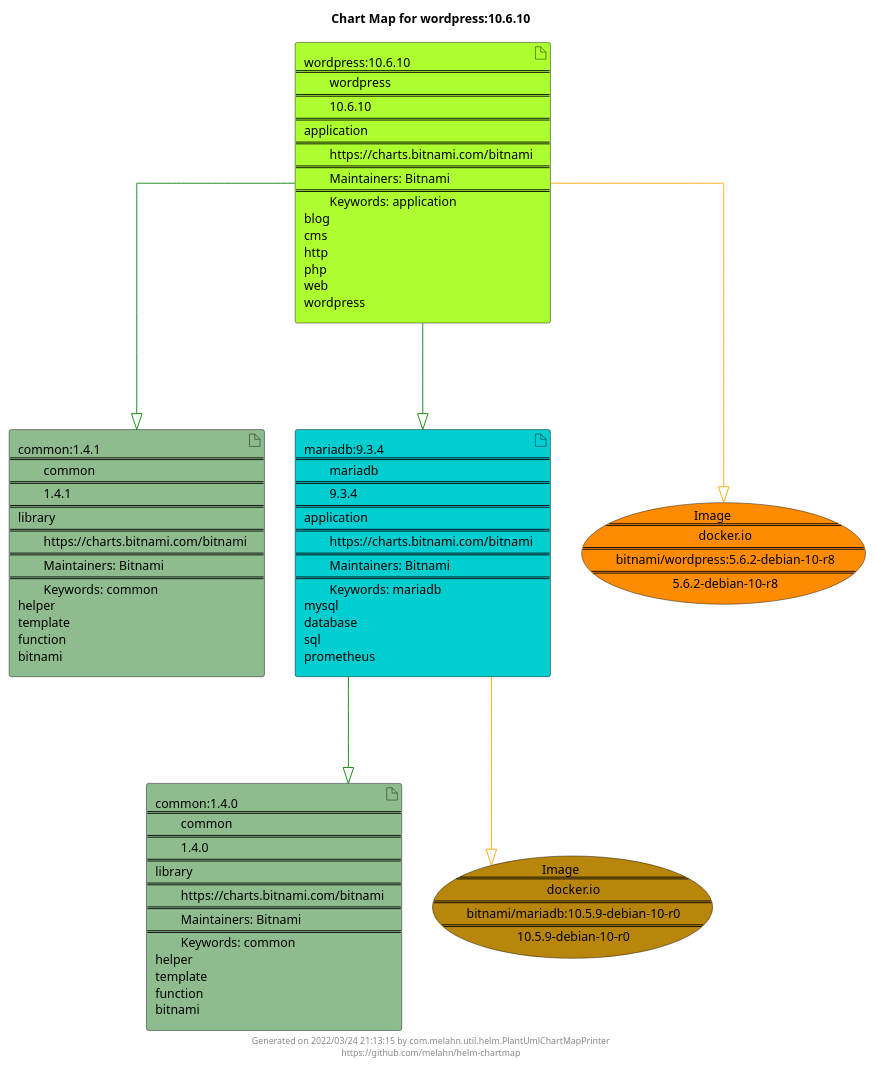
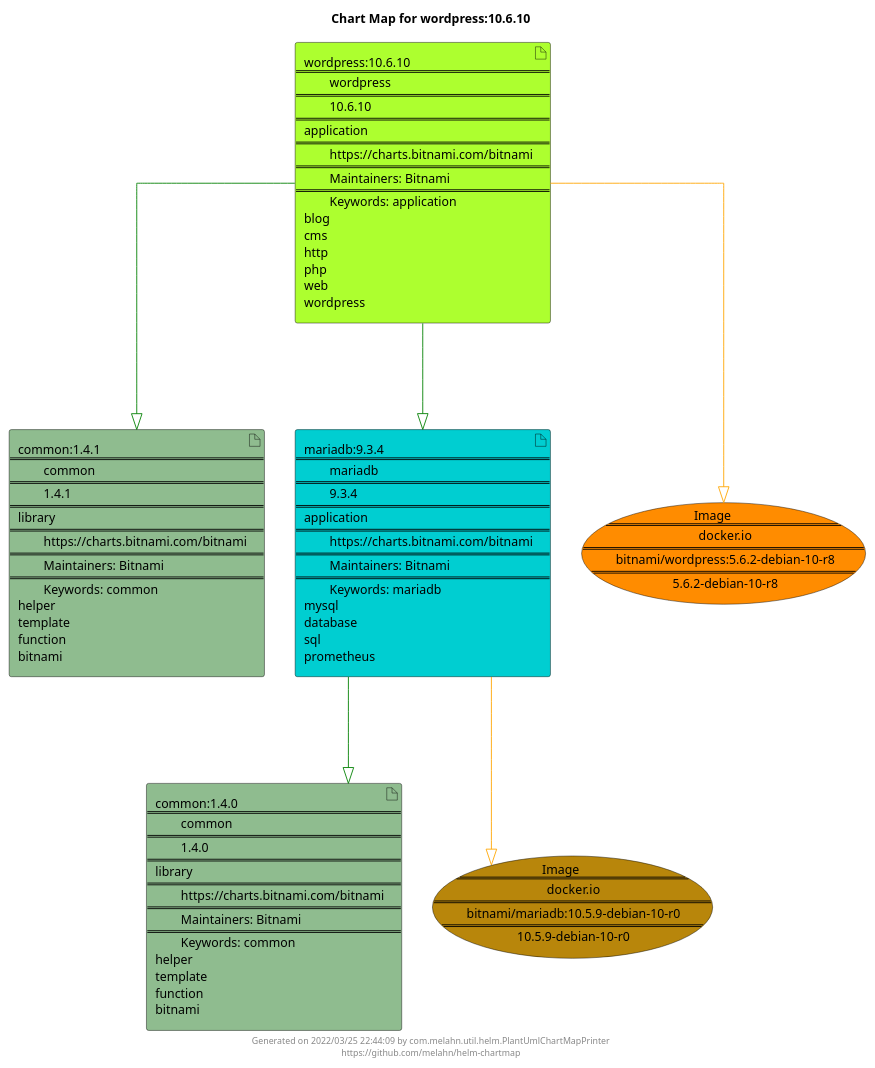
Before and after one commit to melahn/helm-chartmap: the diagram in docs/wordpress/wordpress-10.6.10.puml, drawn with PlantUML. The commit also changed 56 other files, not shown here.

Commit message:
Update Example Chart Maps as part of GitHub build

```diff
--- a/docs/wordpress/wordpress-10.6.10.puml
+++ b/docs/wordpress/wordpress-10.6.10.puml
@@ -1,29 +1,29 @@
 @startuml
 skinparam linetype ortho
 skinparam backgroundColor white
 skinparam usecaseBorderColor black
 skinparam usecaseArrowColor LightSlateGray
 skinparam artifactBorderColor black
 skinparam artifactArrowColor LightSlateGray
 
 title Chart Map for wordpress:10.6.10
 
 'There are 4 referenced Helm Charts
 artifact "common:1.4.1\n====\n\tcommon\n====\n\t1.4.1\n====\nlibrary\n====\n\thttps://charts.bitnami.com/bitnami\n====\n\tMaintainers: Bitnami\n====\n\tKeywords: common\nhelper\ntemplate\nfunction\nbitnami" as common_1_4_1 #DarkSeaGreen
 artifact "mariadb:9.3.4\n====\n\tmariadb\n====\n\t9.3.4\n====\napplication\n====\n\thttps://charts.bitnami.com/bitnami\n====\n\tMaintainers: Bitnami\n====\n\tKeywords: mariadb\nmysql\ndatabase\nsql\nprometheus" as mariadb_9_3_4 #DarkTurquoise
 artifact "common:1.4.0\n====\n\tcommon\n====\n\t1.4.0\n====\nlibrary\n====\n\thttps://charts.bitnami.com/bitnami\n====\n\tMaintainers: Bitnami\n====\n\tKeywords: common\nhelper\ntemplate\nfunction\nbitnami" as common_1_4_0 #DarkSeaGreen
 artifact "wordpress:10.6.10\n====\n\twordpress\n====\n\t10.6.10\n====\napplication\n====\n\thttps://charts.bitnami.com/bitnami\n====\n\tMaintainers: Bitnami\n====\n\tKeywords: application\nblog\ncms\nhttp\nphp\nweb\nwordpress" as wordpress_10_6_10 #GreenYellow
 
 'There are 2 referenced Docker Images
 usecase "Image\n====\n\tdocker.io\n====\n\tbitnami/wordpress:5.6.2-debian-10-r8\n====\n\t5.6.2-debian-10-r8" as docker_io_bitnami_wordpress_5_6_2_debian_10_r8 #Darkorange
 usecase "Image\n====\n\tdocker.io\n====\n\tbitnami/mariadb:10.5.9-debian-10-r0\n====\n\t10.5.9-debian-10-r0" as docker_io_bitnami_mariadb_10_5_9_debian_10_r0 #DarkGoldenRod
 
 'Chart Dependencies
+wordpress_10_6_10--[#green]-|>common_1_4_1
 wordpress_10_6_10--[#green]-|>mariadb_9_3_4
 mariadb_9_3_4--[#green]-|>common_1_4_0
-wordpress_10_6_10--[#green]-|>common_1_4_1
 mariadb_9_3_4--[#orange]-|>docker_io_bitnami_mariadb_10_5_9_debian_10_r0
 wordpress_10_6_10--[#orange]-|>docker_io_bitnami_wordpress_5_6_2_debian_10_r8
 
-center footer Generated on 2022/03/24 21:13:15 by com.melahn.util.helm.PlantUmlChartMapPrinter\nhttps://github.com/melahn/helm-chartmap
+center footer Generated on 2022/03/25 22:44:09 by com.melahn.util.helm.PlantUmlChartMapPrinter\nhttps://github.com/melahn/helm-chartmap
 @enduml
```
